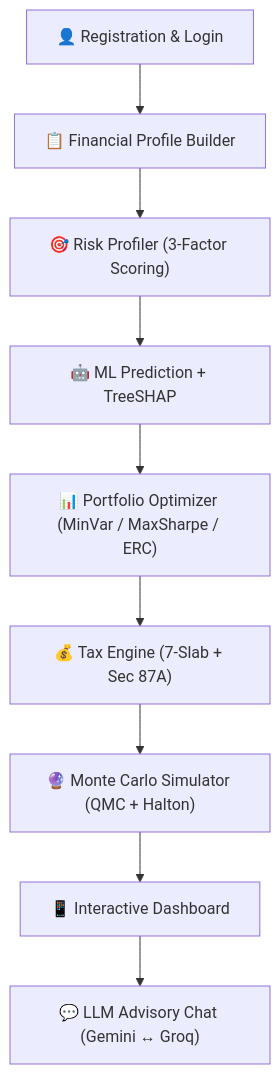
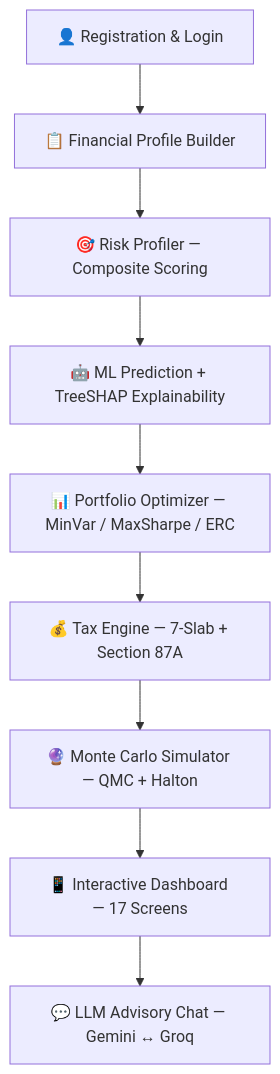
The diagram in README.md (yashaskn8/deploy-wealthgenie), drawn with Mermaid before and after one commit. The commit also changed other lines of this file and 1 other file, not shown here.

````diff
--- a/README.md
+++ b/README.md
@@ -57,11 +175,11 @@
 ```mermaid
 flowchart TD
     A["👤 Registration & Login"] --> B["📋 Financial Profile Builder"]
-    B --> C["🎯 Risk Profiler (3-Factor Scoring)"]
-    C --> D["🤖 ML Prediction + TreeSHAP"]
-    D --> E["📊 Portfolio Optimizer (MinVar / MaxSharpe / ERC)"]
-    E --> F["💰 Tax Engine (7-Slab + Sec 87A)"]
-    F --> G["🔮 Monte Carlo Simulator (QMC + Halton)"]
-    G --> H["📱 Interactive Dashboard"]
-    H --> I["💬 LLM Advisory Chat (Gemini ↔ Groq)"]
+    B --> C["🎯 Risk Profiler — Composite Scoring"]
+    C --> D["🤖 ML Prediction + TreeSHAP Explainability"]
+    D --> E["📊 Portfolio Optimizer — MinVar / MaxSharpe / ERC"]
+    E --> F["💰 Tax Engine — 7-Slab + Section 87A"]
+    F --> G["🔮 Monte Carlo Simulator — QMC + Halton"]
+    G --> H["📱 Interactive Dashboard — 17 Screens"]
+    H --> I["💬 LLM Advisory Chat — Gemini ↔ Groq"]
 ```
````
